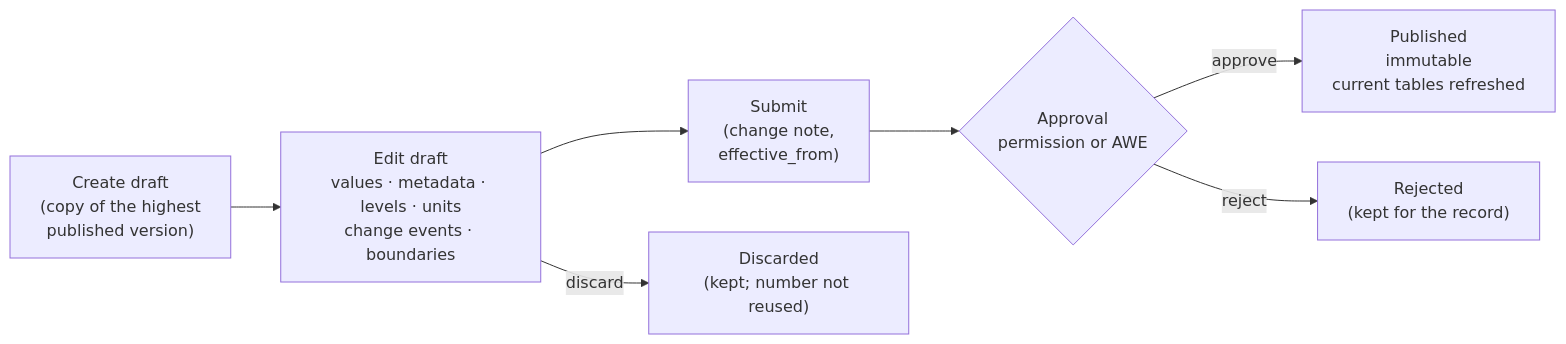
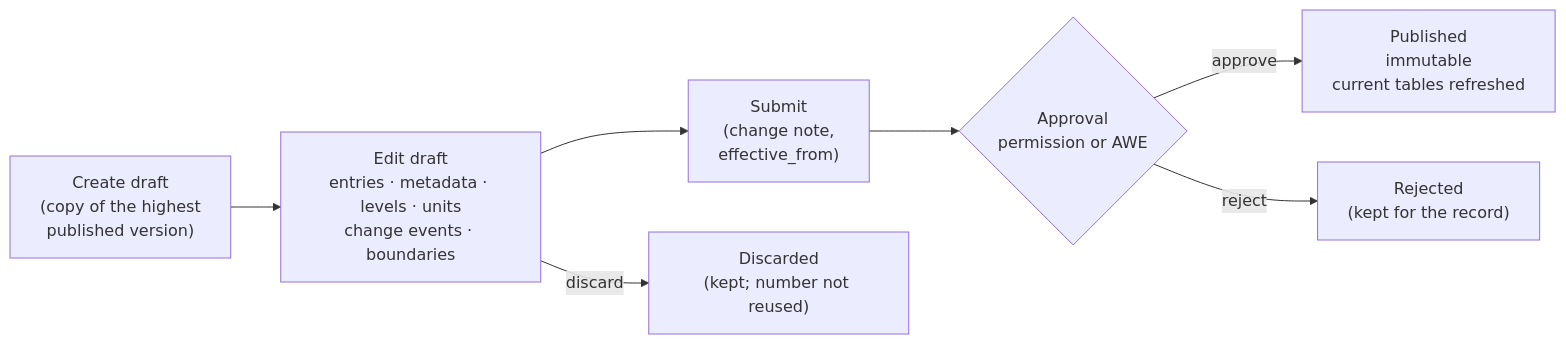
Before and after one commit to OpenG2P/openg2p-documentation: the diagram in platform/platform-services/master-data-service/catalogue/change-control.md, drawn with Mermaid. The commit also changed other lines of this file and 31 other files, not shown here.

````diff
--- a/platform/platform-services/master-data-service/catalogue/change-control.md
+++ b/platform/platform-services/master-data-service/catalogue/change-control.md
@@ -13,9 +13,9 @@
 ```mermaid
 flowchart LR
-    A["Create draft<br/>(copy of the highest<br/>published version)"] --> B["Edit draft<br/>values · metadata · levels · units<br/>change events · boundaries"]
+    A["Create draft<br/>(copy of the highest<br/>published version)"] --> B["Edit draft<br/>entries · metadata · levels · units<br/>change events · boundaries"]
     B --> C["Submit<br/>(change note,<br/>effective_from)"]
     C --> D{"Approval<br/>permission or AWE"}
     D -->|approve| E["Published<br/>immutable<br/>current tables refreshed"]
     D -->|reject| F["Rejected<br/>(kept for the record)"]
     B -->|discard| G["Discarded<br/>(kept; number not reused)"]
 ```
````
